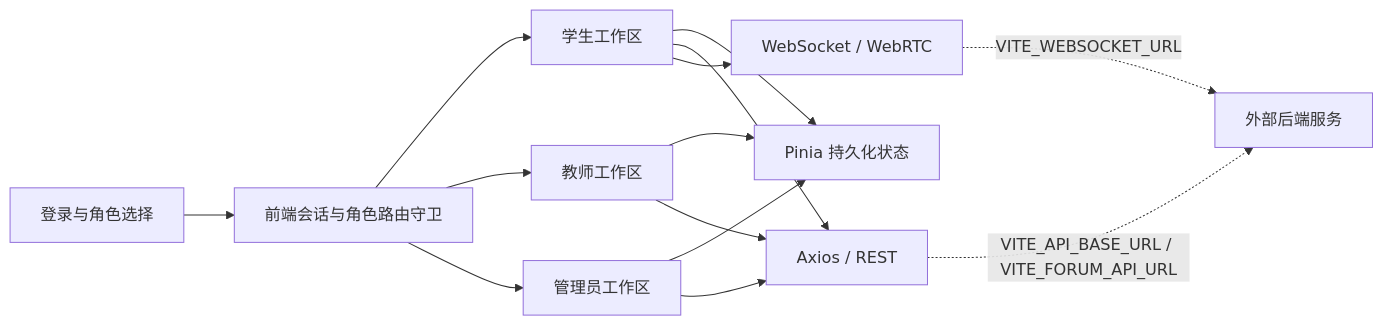
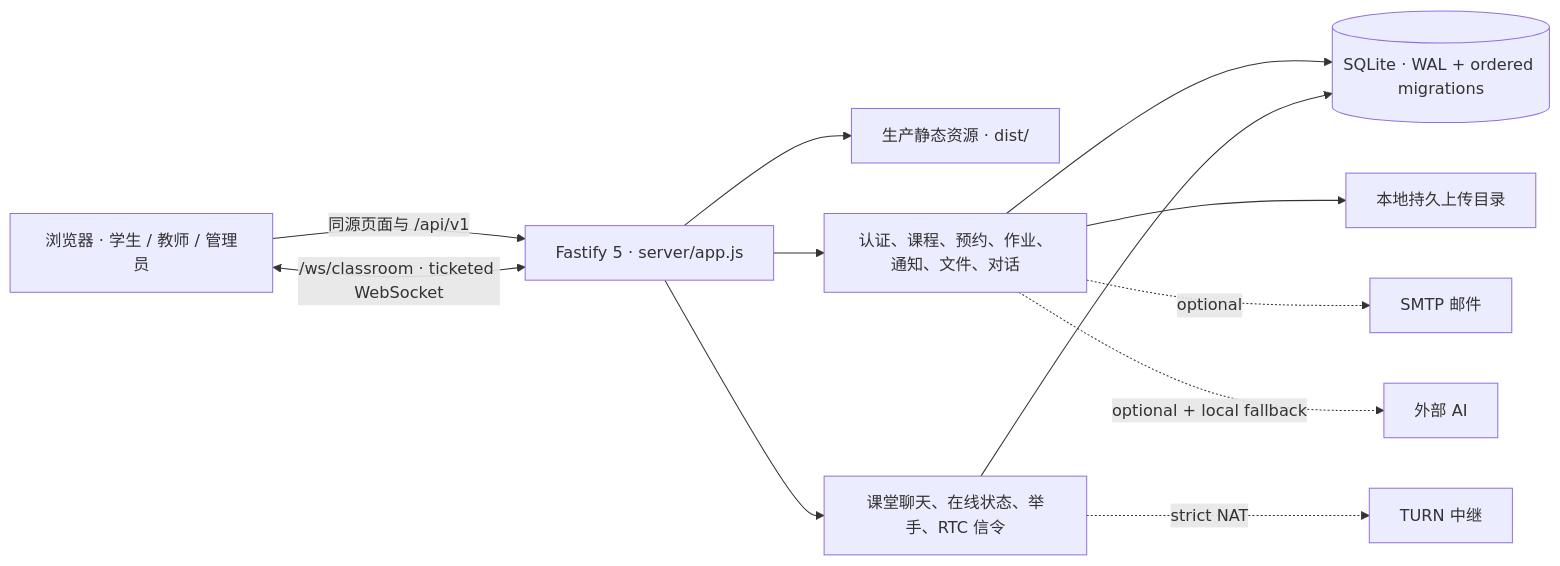
One commit to computersciencefreshmen/International_Chinese_Platform changed the second of 2 diagrams in README.md. Above: the diagram before and after it, drawn with Mermaid. The commit also changed other lines of this file and 3 other files, not shown here.

````diff
--- a/README.md
+++ b/README.md
@@ -99,19 +140,17 @@
 ```mermaid
 flowchart LR
-    Login["登录与角色选择"] --> Guard["前端会话与角色路由守卫"]
-    Guard --> Student["学生工作区"]
-    Guard --> Teacher["教师工作区"]
-    Guard --> Admin["管理员工作区"]
+  Browser["浏览器 · 学生 / 教师 / 管理员"] -->|"同源页面与 /api/v1"| App["Fastify 5 · server/app.js"]
+  Browser <-->|"/ws/classroom · ticketed WebSocket"| App
 
-    Student --> State["Pinia 持久化状态"]
-    Teacher --> State
-    Admin --> State
+  App --> Static["生产静态资源 · dist/"]
+  App --> Routes["认证、课程、预约、作业、通知、文件、对话"]
+  App --> Realtime["课堂聊天、在线状态、举手、RTC 信令"]
 
-    Student --> HTTP["Axios / REST"]
-    Teacher --> HTTP
-    Admin --> HTTP
-    Student --> Realtime["WebSocket / WebRTC"]
+  Routes --> DB[("SQLite · WAL + ordered migrations")]
+  Realtime --> DB
+  Routes --> Files["本地持久上传目录"]
 
-    HTTP -. "VITE_API_BASE_URL / VITE_FORUM_API_URL" .-> Services["外部后端服务"]
-    Realtime -. "VITE_WEBSOCKET_URL" .-> Services
+  Routes -. "optional" .-> SMTP["SMTP 邮件"]
+  Routes -. "optional + local fallback" .-> AI["外部 AI"]
+  Realtime -. "strict NAT" .-> TURN["TURN 中继"]
 ```
````
